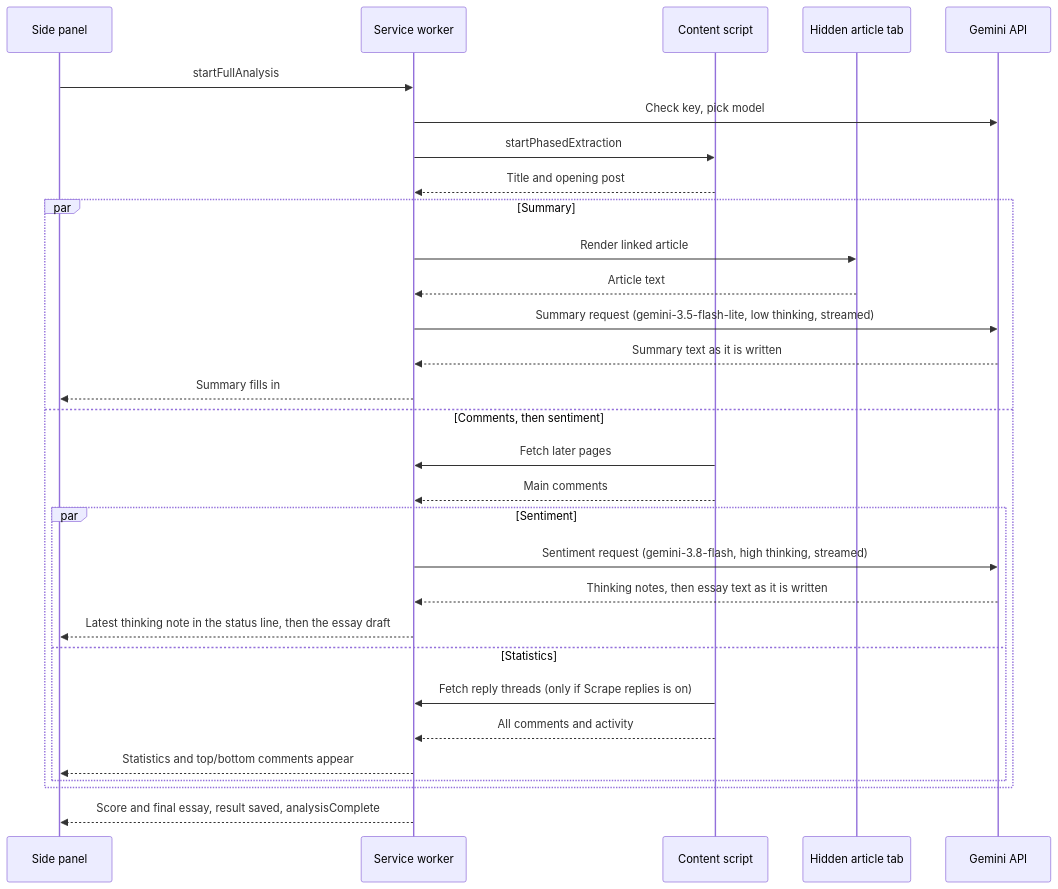
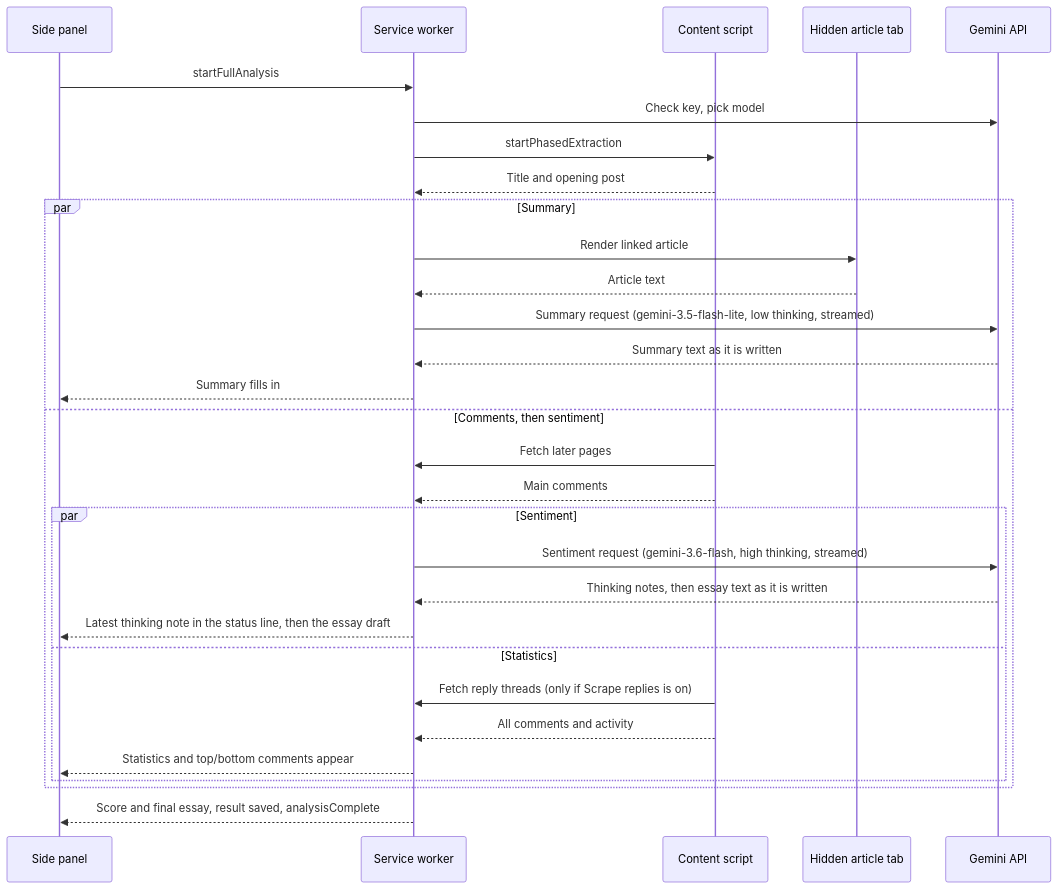
Before and after one commit to JGKarlin/girlsinsight: the diagram in README.md, drawn with Mermaid. The commit also changed other lines of this file and 3 other files, not shown here.

First line of the commit message:
Stop cutting off the essay while Gemini thinks; drop Gemini 3.8 Flash

````diff
--- a/README.md
+++ b/README.md
@@ -103,33 +103,33 @@
 ```mermaid
 sequenceDiagram
     participant P as Side panel
     participant B as Service worker
     participant C as Content script
     participant T as Hidden article tab
     participant G as Gemini API
 
     P->>B: startFullAnalysis
     B->>G: Check key, pick model
     B->>C: startPhasedExtraction
     C-->>B: Title and opening post
     par Summary
         B->>T: Render linked article
         T-->>B: Article text
         B->>G: Summary request (gemini-3.5-flash-lite, low thinking, streamed)
         G-->>B: Summary text as it is written
         B-->>P: Summary fills in
     and Comments, then sentiment
         C->>B: Fetch later pages
         C-->>B: Main comments
         par Sentiment
-            B->>G: Sentiment request (gemini-3.8-flash, high thinking, streamed)
+            B->>G: Sentiment request (gemini-3.6-flash, high thinking, streamed)
             G-->>B: Thinking notes, then essay text as it is written
             B-->>P: Latest thinking note in the status line, then the essay draft
         and Statistics
             C->>B: Fetch reply threads (only if Scrape replies is on)
             C-->>B: All comments and activity
             B-->>P: Statistics and top/bottom comments appear
         end
     end
     B-->>P: Score and final essay, result saved, analysisComplete
 ```
````
